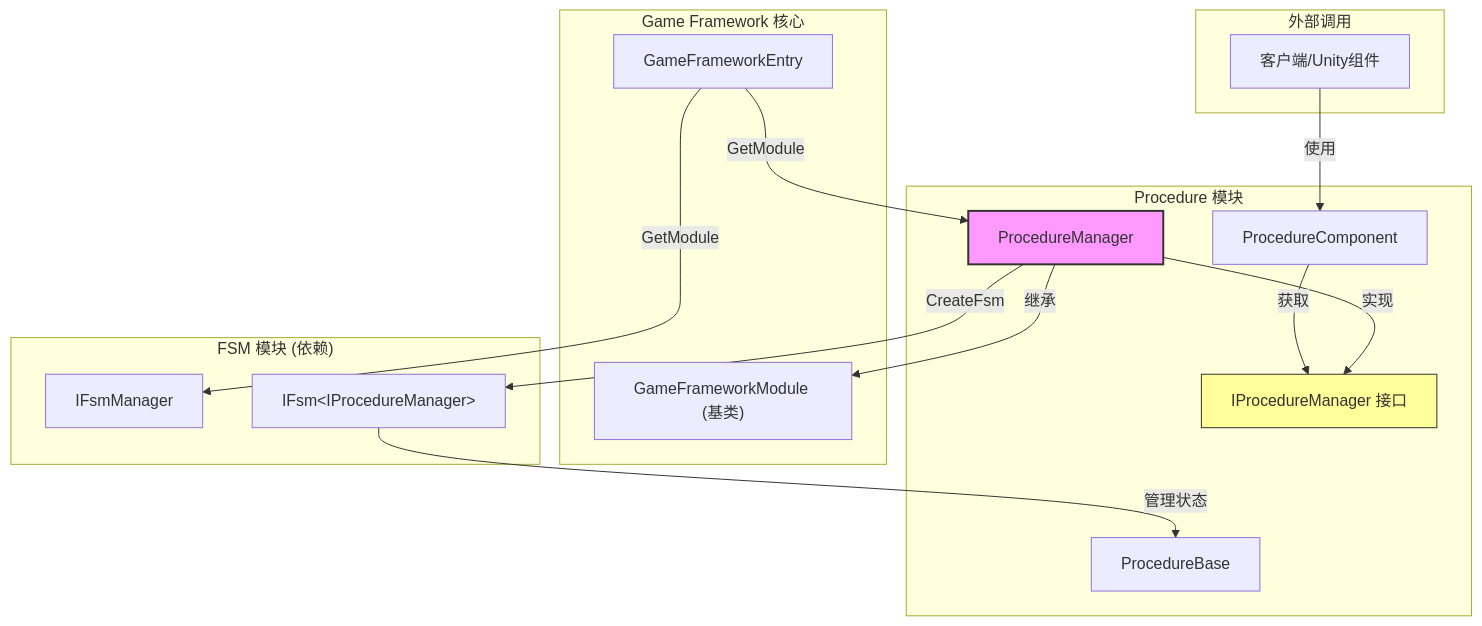
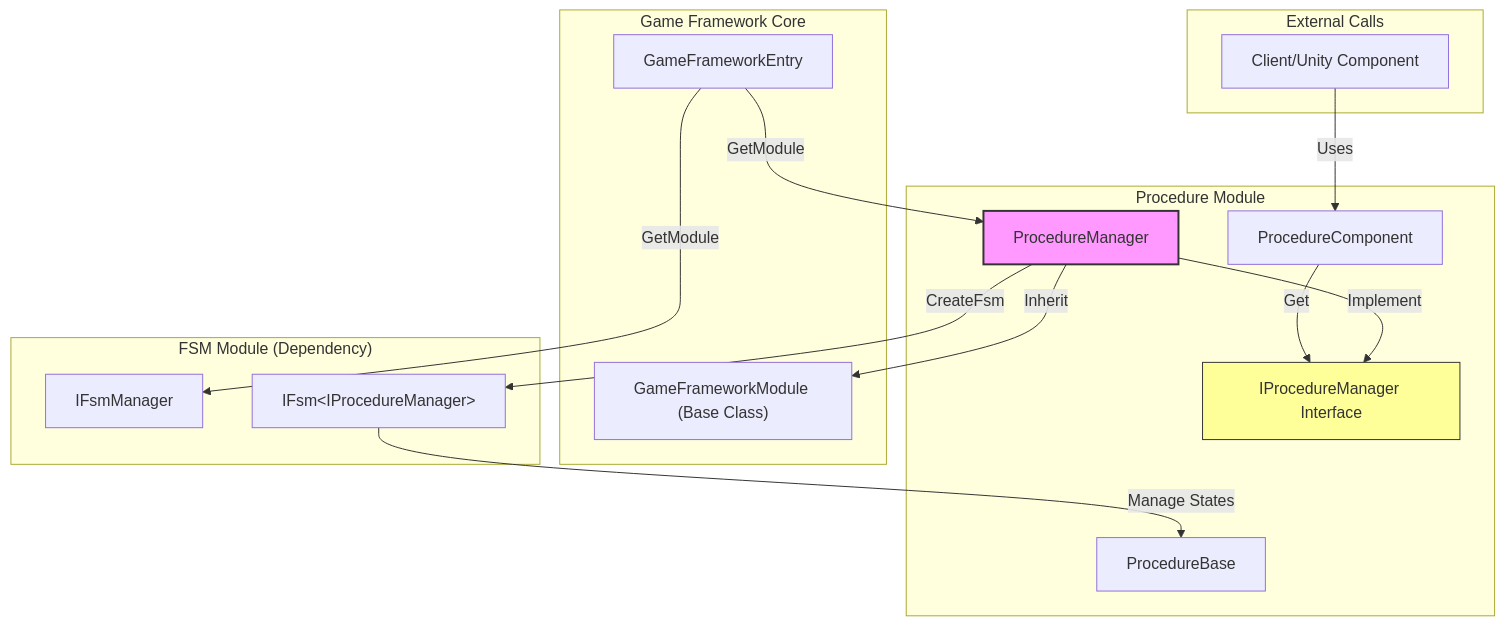
The first of 2 diagrams in docs/en/client/unity/component/procedure/07.procedure-manager.md (AlianBlank/GameFrameX.Docs), drawn with Mermaid before and after one commit. The commit also changed other lines of this file and 242 other files, not shown here.

First line of the commit message:
docs(en/unity/component): 补全组件目录文档

````diff
--- a/docs/en/client/unity/component/procedure/07.procedure-manager.md
+++ b/docs/en/client/unity/component/procedure/07.procedure-manager.md
@@ -16,35 +16,35 @@
 ```mermaid
 graph TD
-    subgraph External["外部调用"]
-        Client[客户端/Unity组件]
+    subgraph External["External Calls"]
+        Client[Client/Unity Component]
     end
-    
-    subgraph GameFramework["Game Framework 核心"]
+
+    subgraph GameFramework["Game Framework Core"]
         GFE["GameFrameworkEntry"]
-        GFM["GameFrameworkModule (基类)"]
+        GFM["GameFrameworkModule (Base Class)"]
     end
-    
-    subgraph ProcedureModule["Procedure 模块"]
+
+    subgraph ProcedureModule["Procedure Module"]
         PC["ProcedureComponent"]
         PM["ProcedureManager"]
-        IPM["IProcedureManager 接口"]
+        IPM["IProcedureManager Interface"]
         PB["ProcedureBase"]
     end
-    
-    subgraph FsmModule["FSM 模块 (依赖)"]
+
+    subgraph FsmModule["FSM Module (Dependency)"]
         FSM["IFsmManager"]
         FSMInst["IFsm&lt;IProcedureManager&gt;"]
     end
-    
-    Client -->|使用| PC
-    PC -->|获取| IPM
-    PM -->|实现| IPM
-    PM -->|继承| GFM
+
+    Client -->|Uses| PC
+    PC -->|Get| IPM
+    PM -->|Implement| IPM
+    PM -->|Inherit| GFM
     PM -->|CreateFsm| FSMInst
-    FSMInst -->|管理状态| PB
+    FSMInst -->|Manage States| PB
     GFE -->|GetModule| PM
     GFE -->|GetModule| FSM
-    
+
     style PM fill:#f9f,stroke:#333,stroke-width:2px
     style IPM fill:#ff9,stroke:#333,stroke-width:1px
 ```
````
